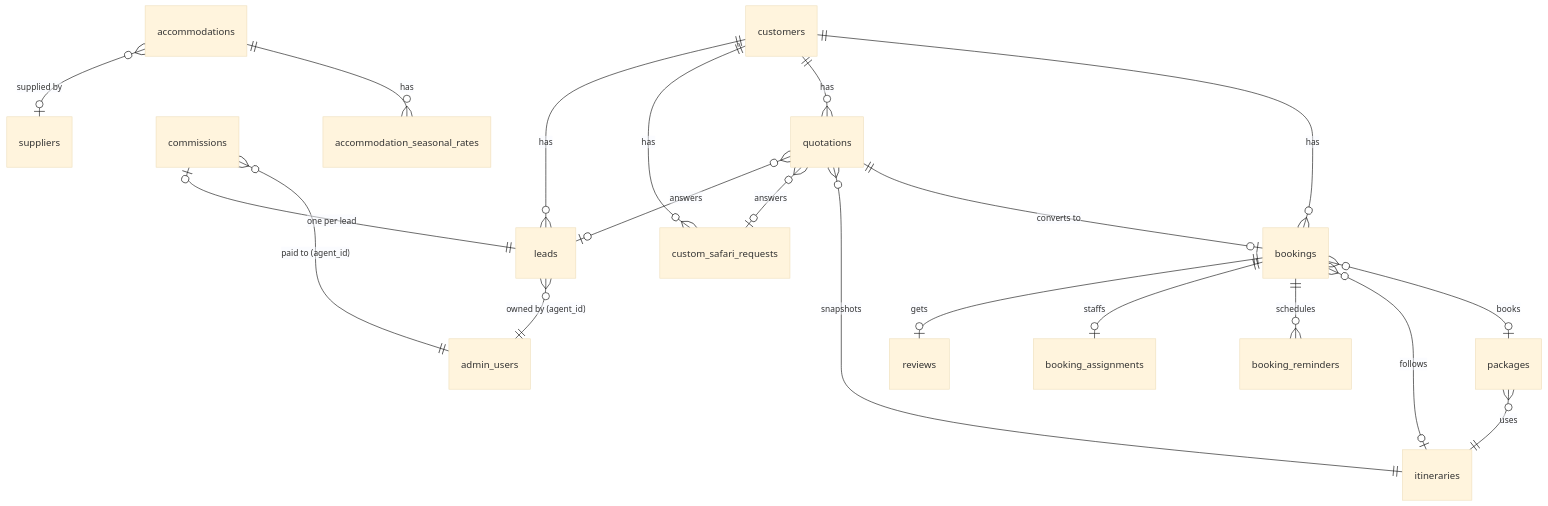
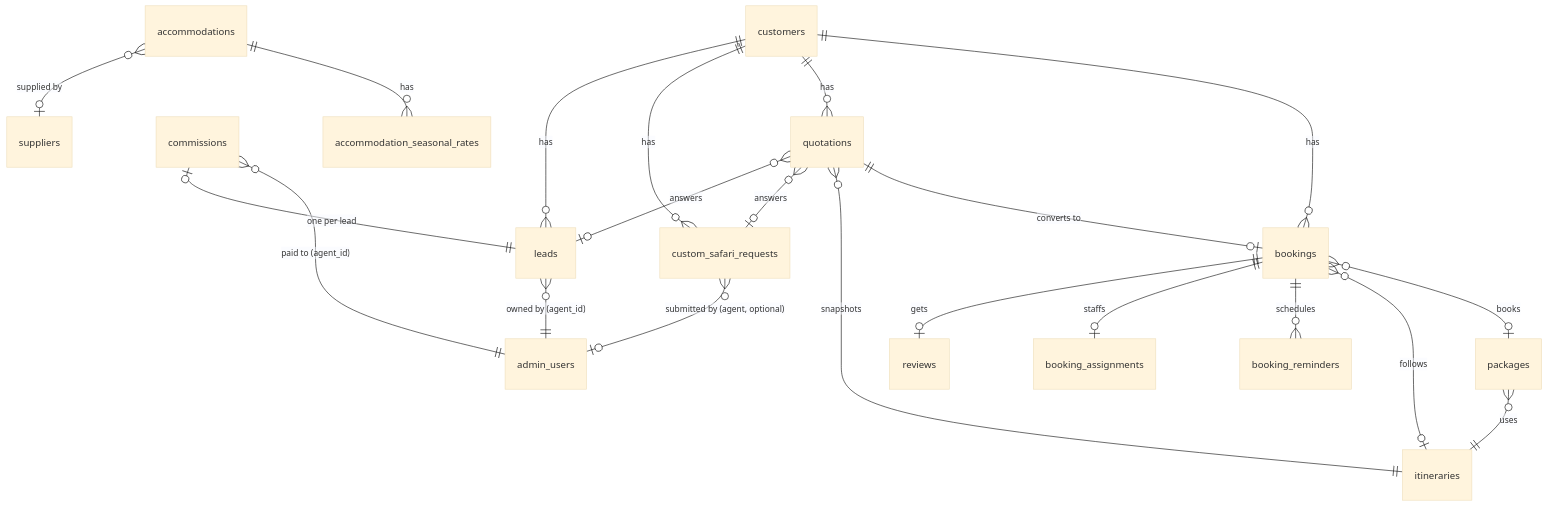
The diagram in docs/DATABASE_DESIGN.md (safarizangu/SZV-system), drawn with Mermaid (base theme) before and after one commit. The commit also changed other lines of this file and 41 other files, not shown here.

````diff
--- a/docs/DATABASE_DESIGN.md
+++ b/docs/DATABASE_DESIGN.md
@@ -20,22 +20,23 @@
 ```mermaid
 erDiagram
     customers ||--o{ bookings : "has"
     customers ||--o{ quotations : "has"
     customers ||--o{ custom_safari_requests : "has"
     customers ||--o{ leads : "has"
     quotations ||--o| bookings : "converts to"
     quotations }o--|| itineraries : "snapshots"
     quotations }o--o| custom_safari_requests : "answers"
     quotations }o--o| leads : "answers"
     leads }o--|| admin_users : "owned by (agent_id)"
+    custom_safari_requests }o--o| admin_users : "submitted by (agent, optional)"
     commissions }o--|| admin_users : "paid to (agent_id)"
     commissions |o--|| leads : "one per lead"
     bookings }o--o| packages : "books"
     bookings }o--o| itineraries : "follows"
     bookings ||--o{ booking_reminders : "schedules"
     bookings ||--o| booking_assignments : "staffs"
     bookings ||--o| reviews : "gets"
     packages }o--|| itineraries : "uses"
     accommodations ||--o{ accommodation_seasonal_rates : "has"
     accommodations }o--o| suppliers : "supplied by"
 ```
````
